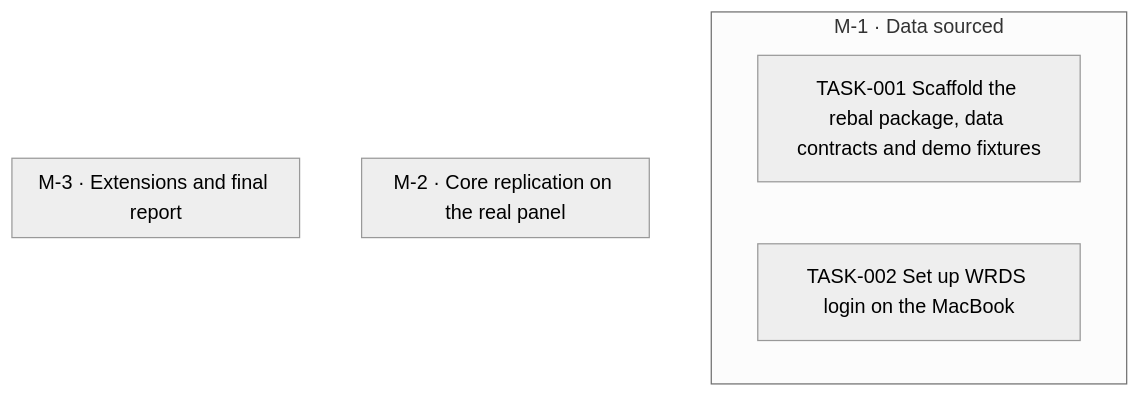
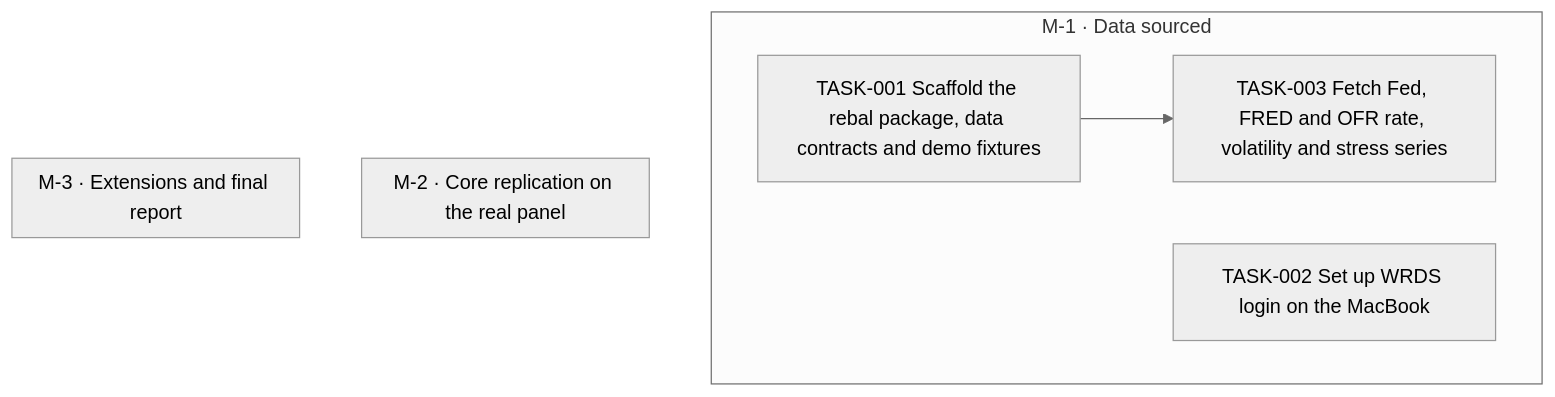
The diagram in goals/hmm-rebalancing/README.md (jesusvillota/replicate), drawn with Mermaid (neutral theme) before and after one commit. The commit also changed 1 other file, not shown here.

Commit message:
goal(hmm-rebalancing): add TASK-003 Fetch Fed, FRED and OFR rate, volatility and stress series

````diff
--- a/goals/hmm-rebalancing/README.md
+++ b/goals/hmm-rebalancing/README.md
@@ -126,14 +126,16 @@
 ```mermaid
 flowchart TD
   subgraph M_1["M-1 · Data sourced"]
     TASK_001["TASK-001 Scaffold the rebal package, data contracts and demo fixtures"]
     TASK_002["TASK-002 Set up WRDS login on the MacBook"]
+    TASK_003["TASK-003 Fetch Fed, FRED and OFR rate, volatility and stress series"]
   end
   subgraph M_2["M-2 · Core replication on the real panel"]
   end
   subgraph M_3["M-3 · Extensions and final report"]
   end
+  TASK_001 --> TASK_003
   classDef draft stroke-dasharray: 4 3
   classDef cancelled opacity:0.45
   classDef decision fill:#f3e8ff,stroke:#7c3aed
 ```
````
